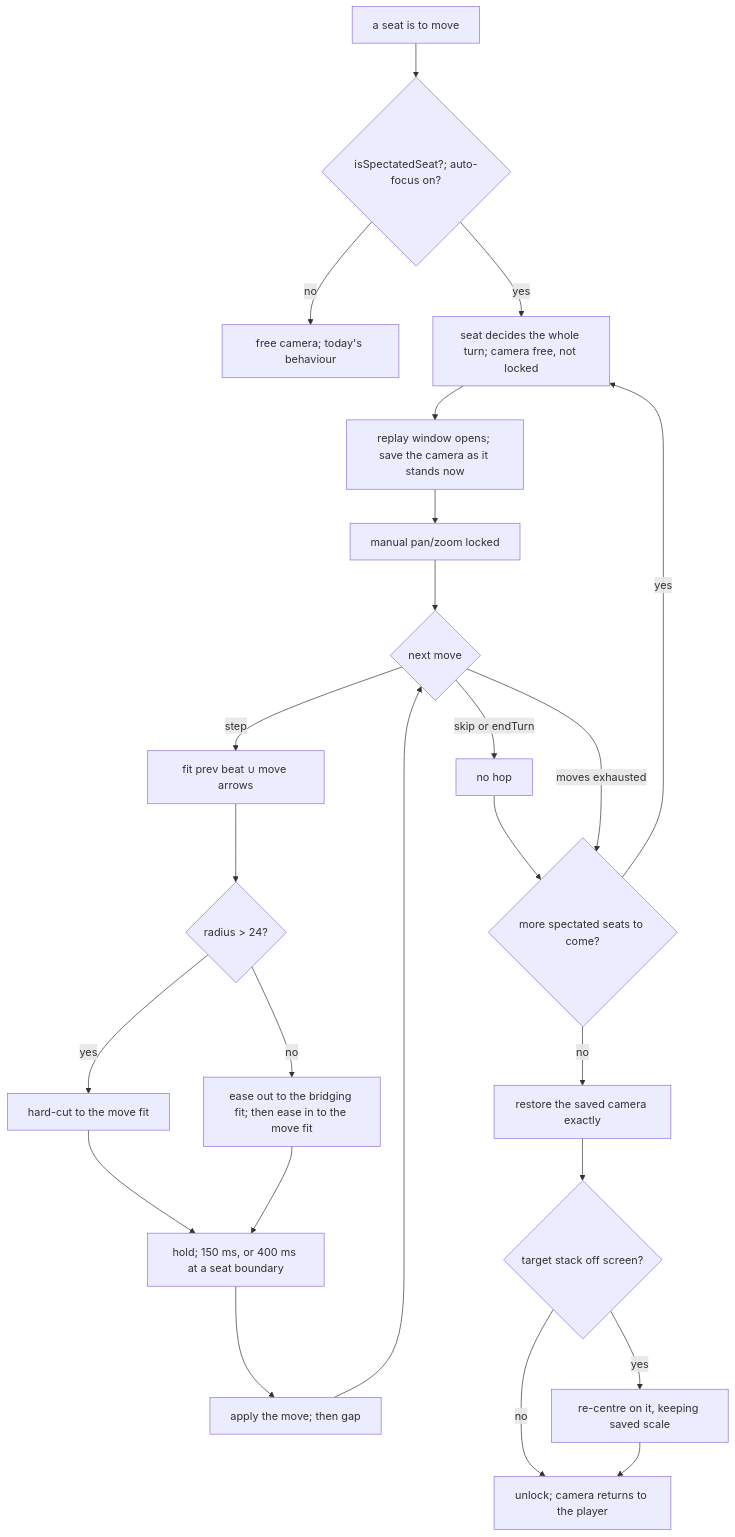
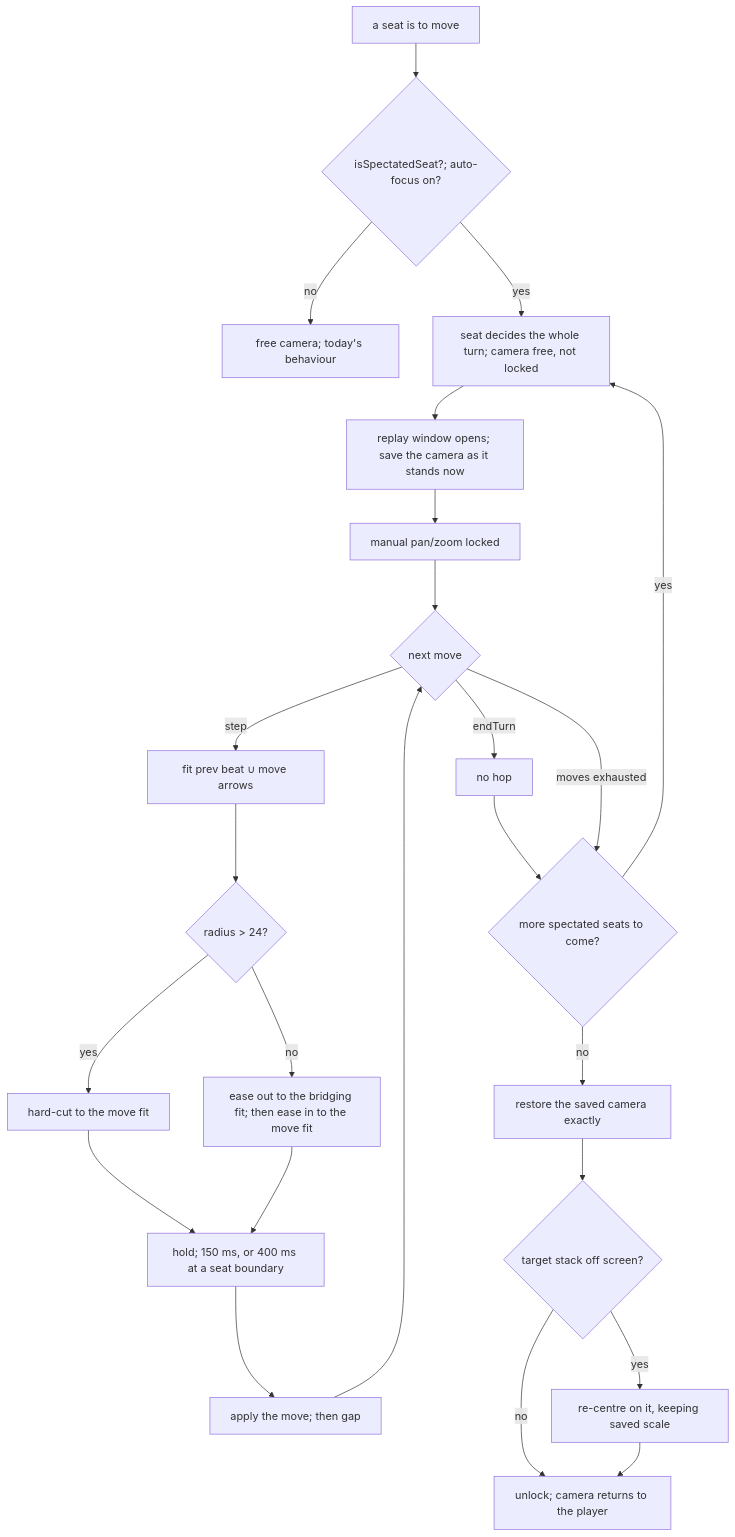
Before and after one commit to hochgi/conquarrow: the first of 2 diagrams in docs/spec/spectated-turn-camera/spectated-turn-camera.md, drawn with Mermaid. The commit also changed other lines of this file and 126 other files, not shown here.

````diff
--- a/docs/spec/spectated-turn-camera/spectated-turn-camera.md
+++ b/docs/spec/spectated-turn-camera/spectated-turn-camera.md
@@ -282,26 +280,26 @@
 ```mermaid
 flowchart TD
   Turn["a seat is to move"] --> Spec{"isSpectatedSeat?#59; auto-focus on?"}
   Spec -->|no| Free["free camera#59; today's behaviour"]
   Spec -->|yes| Decide["seat decides the whole turn#59; camera free, not locked"]
   Decide --> Open["replay window opens#59; save the camera as it stands now"]
   Open --> Lock["manual pan/zoom locked"]
   Lock --> Next{"next move"}
-  Next -->|skip or endTurn| NoHop["no hop"]
+  Next -->|endTurn| NoHop["no hop"]
   Next -->|step| Fit["fit prev beat ∪ move arrows"]
   Fit --> Cap{"radius > 24?"}
   Cap -->|yes| Cut["hard-cut to the move fit"]
   Cap -->|no| Out["ease out to the bridging fit#59; then ease in to the move fit"]
   Cut --> Hold["hold#59; 150 ms, or 400 ms at a seat boundary"]
   Out --> Hold
   Hold --> Apply["apply the move#59; then gap"]
   Apply --> Next
   NoHop --> More{"more spectated seats to come?"}
   Next -->|moves exhausted| More
   More -->|yes| Decide
   More -->|no| Restore["restore the saved camera exactly"]
   Restore --> Focus{"target stack off screen?"}
   Focus -->|no| Done["unlock#59; camera returns to the player"]
   Focus -->|yes| Nudge["re-centre on it, keeping saved scale"]
   Nudge --> Done
 ```
````
